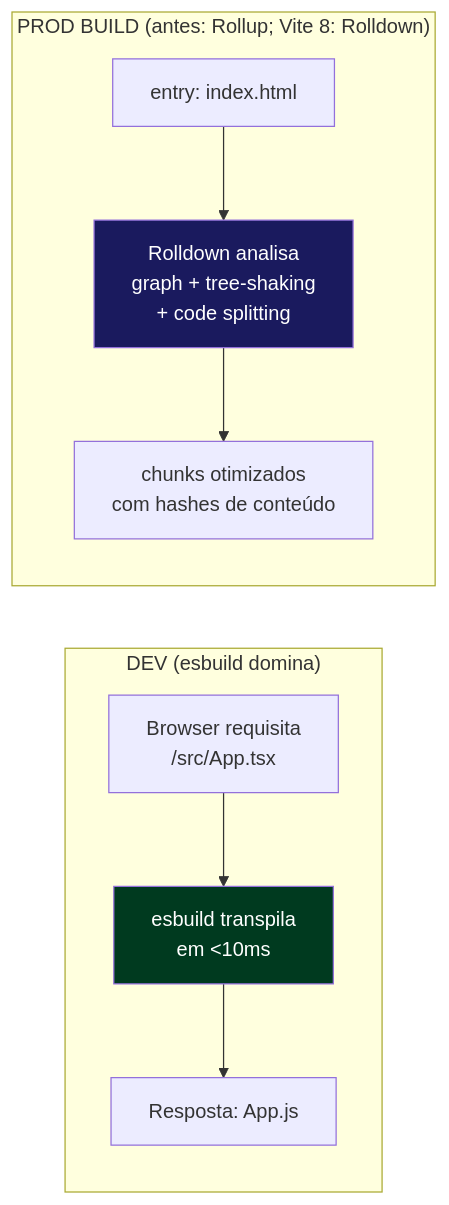
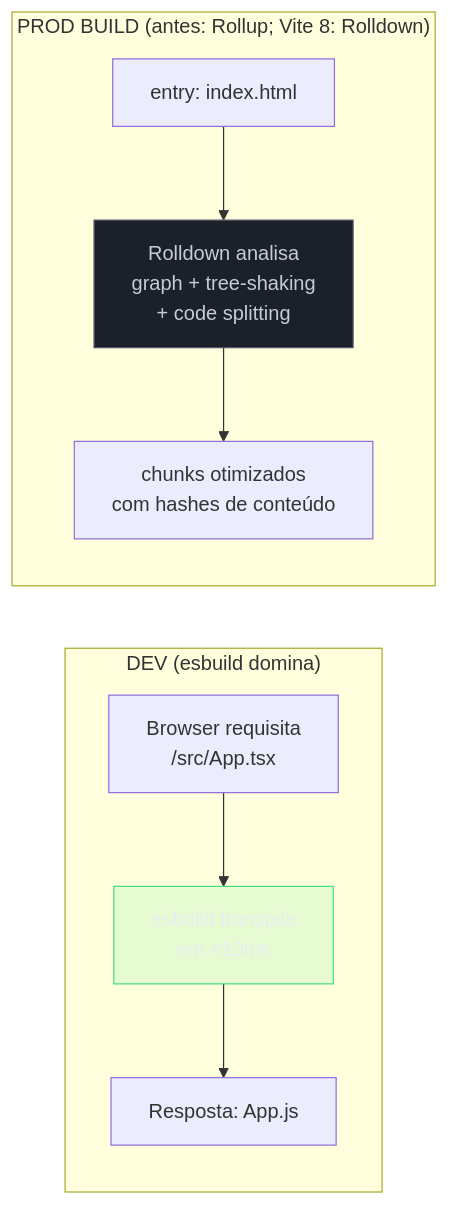
The third of 11 diagrams in 03-Dominios/Tecnologia/Tooling e Build/14 - Rollup, esbuild e Rolldown.md (josenaldo/codex-technomanticus), drawn with Mermaid before and after one commit. The commit also changed other lines of this file and 1181 other files, not shown here.

First line of the commit message:
fix(diagramas): paleta do sistema no lugar de cor cravada no markdown

````diff
--- a/03-Dominios/Tecnologia/Tooling e Build/14 - Rollup, esbuild e Rolldown.md
+++ b/03-Dominios/Tecnologia/Tooling e Build/14 - Rollup, esbuild e Rolldown.md
@@ -325,19 +327,21 @@
 ```mermaid
 flowchart LR
+    classDef ok fill:#4ADE8021,stroke:#4ADE80,color:#E9ECF2
+    classDef neutro fill:#1B2029,stroke:#4E5666,color:#C6CCD8
     subgraph "DEV (esbuild domina)"
         REQ["Browser requisita\n/src/App.tsx"]
         EB_DEV["esbuild transpila\nem <10ms"]
         RESP["Resposta: App.js"]
         REQ --> EB_DEV --> RESP
     end
 
     subgraph "PROD BUILD (antes: Rollup; Vite 8: Rolldown)"
         ENTRY["entry: index.html"]
         RD["Rolldown analisa\ngraph + tree-shaking\n+ code splitting"]
         BUNDLE["chunks otimizados\ncom hashes de conteúdo"]
         ENTRY --> RD --> BUNDLE
     end
 
-    style EB_DEV fill:#003a1f,color:#fff
-    style RD fill:#1a1a5e,color:#fff
+    class EB_DEV ok
+    class RD neutro
 ```
````
